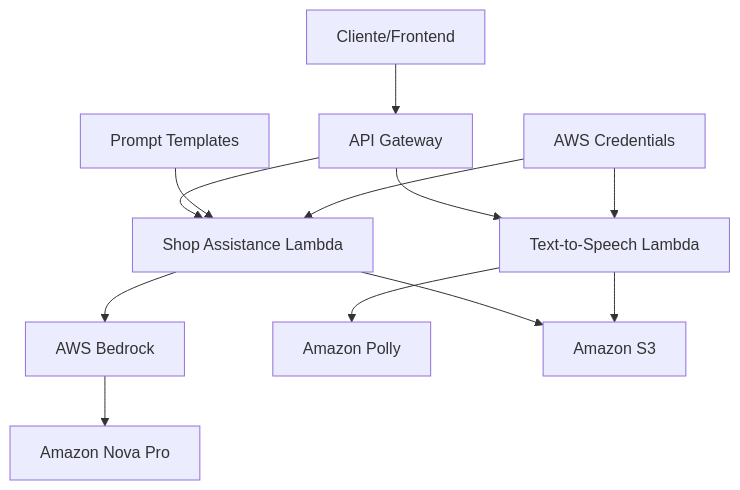
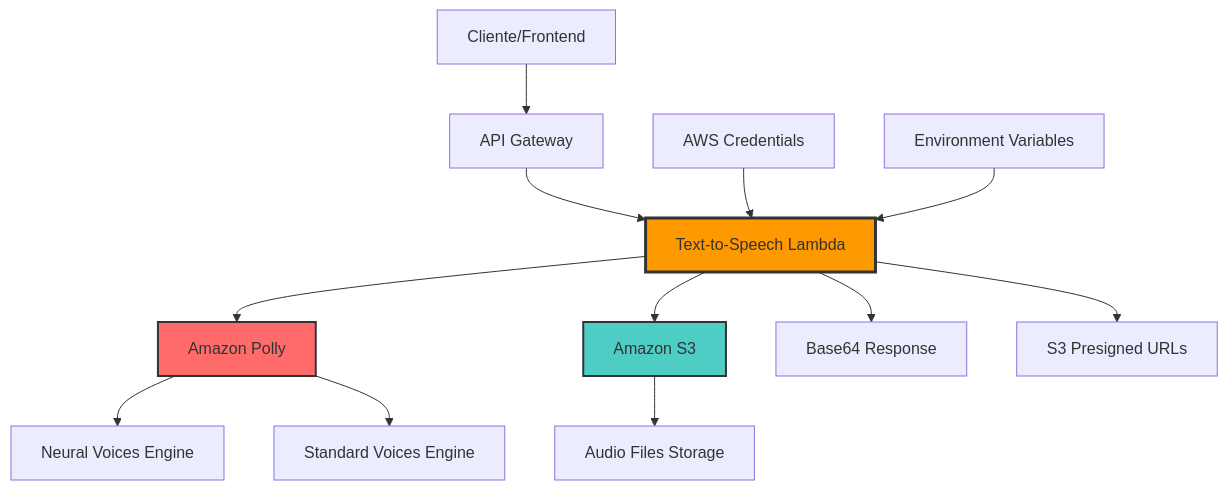
One commit to rafael-torres-nantes/AWSLambda-TextToSpeech changed the diagram in readme.md. Above: the diagram before and after it, drawn with Mermaid. The commit also changed other lines of this file, not shown here.

Commit message:
docs: Update README.md to reflect AWS Lambda Text-to-Speech functionality with Amazon Polly

````diff
--- a/readme.md
+++ b/readme.md
@@ -62,18 +66,22 @@
 ```mermaid
 graph TB
     A[Cliente/Frontend] --> B[API Gateway]
-    B --> C[Shop Assistance Lambda]
-    B --> D[Text-to-Speech Lambda]
+    B --> C[Text-to-Speech Lambda]
     
-    C --> E[AWS Bedrock]
-    E --> F[Amazon Nova Pro]
+    C --> D[Amazon Polly]
+    D --> E[Neural Voices Engine]
+    D --> F[Standard Voices Engine]
     
-    D --> G[Amazon Polly]
+    C --> G[Amazon S3]
+    G --> H[Audio Files Storage]
     
-    C --> H[Amazon S3]
-    D --> H
+    C --> I[Base64 Response]
+    C --> J[S3 Presigned URLs]
     
-    I[Prompt Templates] --> C
-    J[AWS Credentials] --> C
-    J --> D
+    K[AWS Credentials] --> C
+    L[Environment Variables] --> C
+    
+    style C fill:#ff9900,stroke:#333,stroke-width:3px
+    style D fill:#ff6b6b,stroke:#333,stroke-width:2px
+    style G fill:#4ecdc4,stroke:#333,stroke-width:2px
 ```
````
